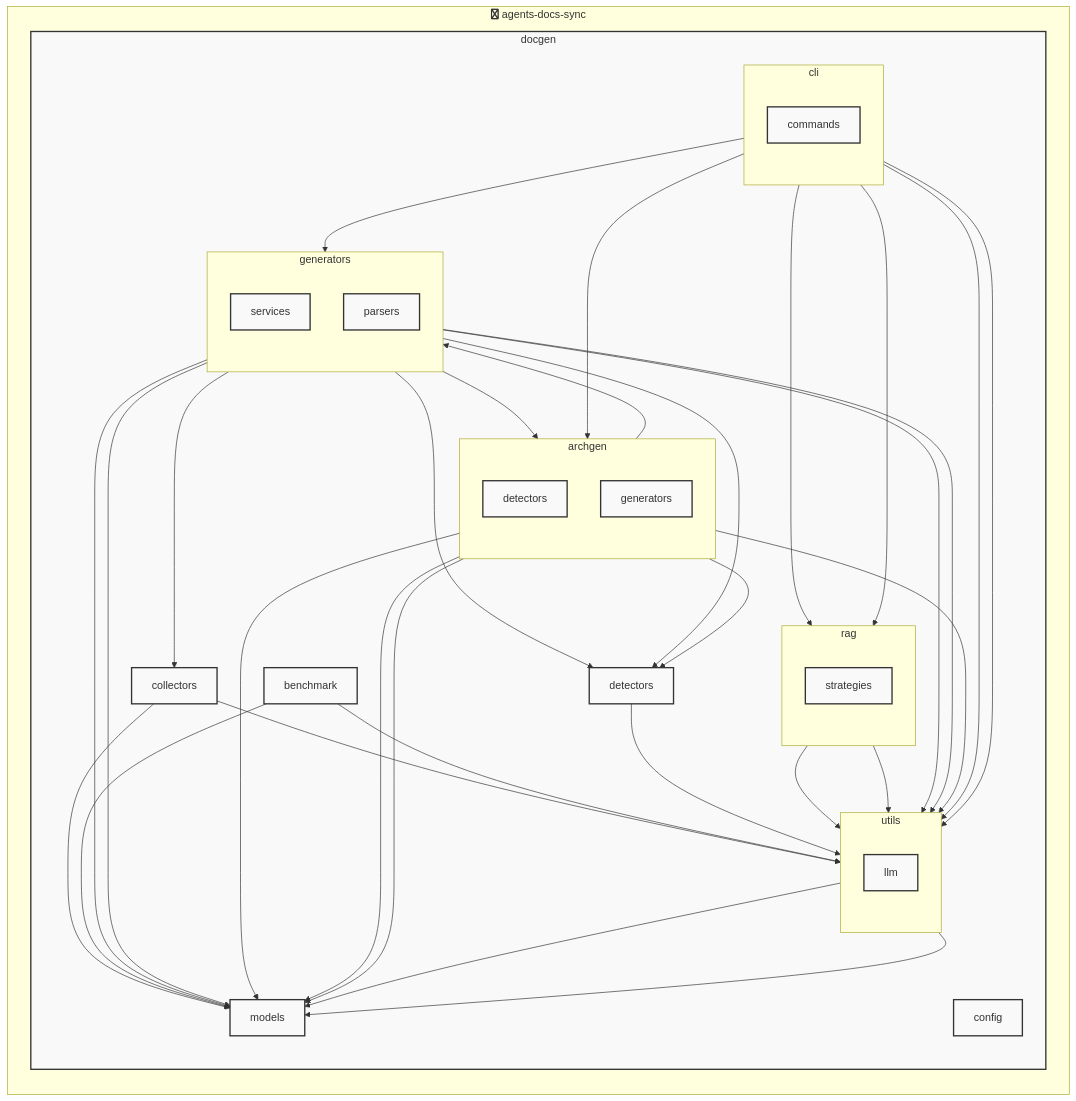
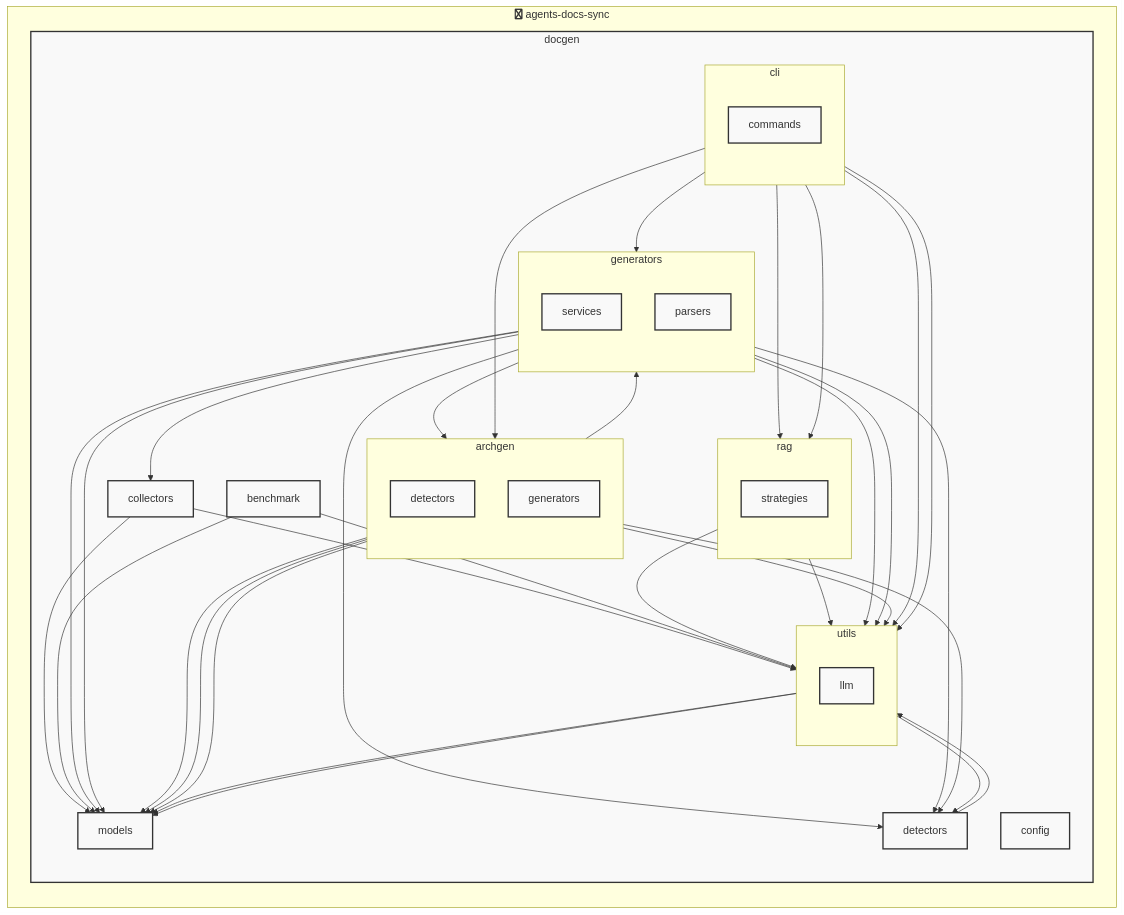
Before and after one commit to shiohamu/agents-docs-sync: the diagram in docs/architecture/architecture.mmd, drawn with Mermaid. The commit also changed 15 other files, not shown here.

```diff
--- a/docs/architecture/architecture.mmd
+++ b/docs/architecture/architecture.mmd
@@ -1,77 +1,78 @@
 graph TB
     %% Auto-generated architecture diagram
 
     subgraph agents_docs_sync [fa:fa-python agents-docs-sync]
         direction TB
         subgraph docgen [docgen]
             direction TB
             docgen_collectors["collectors"]:::moduleStyle
             subgraph docgen_utils [utils]
                 direction TB
                 docgen_utils_llm["llm"]:::moduleStyle
             end
             class docgen_utils moduleStyle
             subgraph docgen_cli [cli]
                 direction TB
                 docgen_cli_commands["commands"]:::moduleStyle
             end
             class docgen_cli moduleStyle
             docgen_models["models"]:::moduleStyle
             subgraph docgen_archgen [archgen]
                 direction TB
                 docgen_archgen_detectors["detectors"]:::moduleStyle
                 docgen_archgen_generators["generators"]:::moduleStyle
             end
             class docgen_archgen moduleStyle
             docgen_benchmark["benchmark"]:::moduleStyle
             docgen_detectors["detectors"]:::moduleStyle
             subgraph docgen_generators [generators]
                 direction TB
                 docgen_generators_services["services"]:::moduleStyle
                 docgen_generators_parsers["parsers"]:::moduleStyle
             end
             class docgen_generators moduleStyle
             subgraph docgen_rag [rag]
                 direction TB
                 docgen_rag_strategies["strategies"]:::moduleStyle
             end
             class docgen_rag moduleStyle
             docgen_config["config"]:::moduleStyle
         end
         class docgen moduleStyle
     end
 
     docgen_collectors --> docgen_models
     docgen_collectors --> docgen_utils
+    docgen_utils --> docgen_detectors
     docgen_utils --> docgen_models
     docgen_utils_llm --> docgen_models
     docgen_cli --> docgen_archgen
     docgen_cli --> docgen_generators
     docgen_cli --> docgen_rag
     docgen_cli --> docgen_utils
     docgen_cli_commands --> docgen_rag
     docgen_cli_commands --> docgen_utils
     docgen_archgen --> docgen_detectors
     docgen_archgen --> docgen_generators
     docgen_archgen --> docgen_models
     docgen_archgen --> docgen_utils
     docgen_archgen_detectors --> docgen_models
     docgen_archgen_generators --> docgen_models
     docgen_benchmark --> docgen_models
     docgen_benchmark --> docgen_utils
     docgen_detectors --> docgen_utils
     docgen_generators --> docgen_archgen
     docgen_generators --> docgen_collectors
     docgen_generators --> docgen_detectors
     docgen_generators --> docgen_models
     docgen_generators --> docgen_utils
     docgen_generators_parsers --> docgen_detectors
     docgen_generators_parsers --> docgen_models
     docgen_generators_parsers --> docgen_utils
     docgen_rag --> docgen_utils
     docgen_rag_strategies --> docgen_utils
 
     classDef pythonStyle fill:#3776ab,stroke:#ffd43b,stroke-width:2px,color:#fff
     classDef dockerStyle fill:#2496ed,stroke:#1d63ed,stroke-width:2px,color:#fff
     classDef dbStyle fill:#336791,stroke:#6b9cd6,stroke-width:2px,color:#fff
     classDef moduleStyle fill:#f9f9f9,stroke:#333,stroke-width:2px
```
